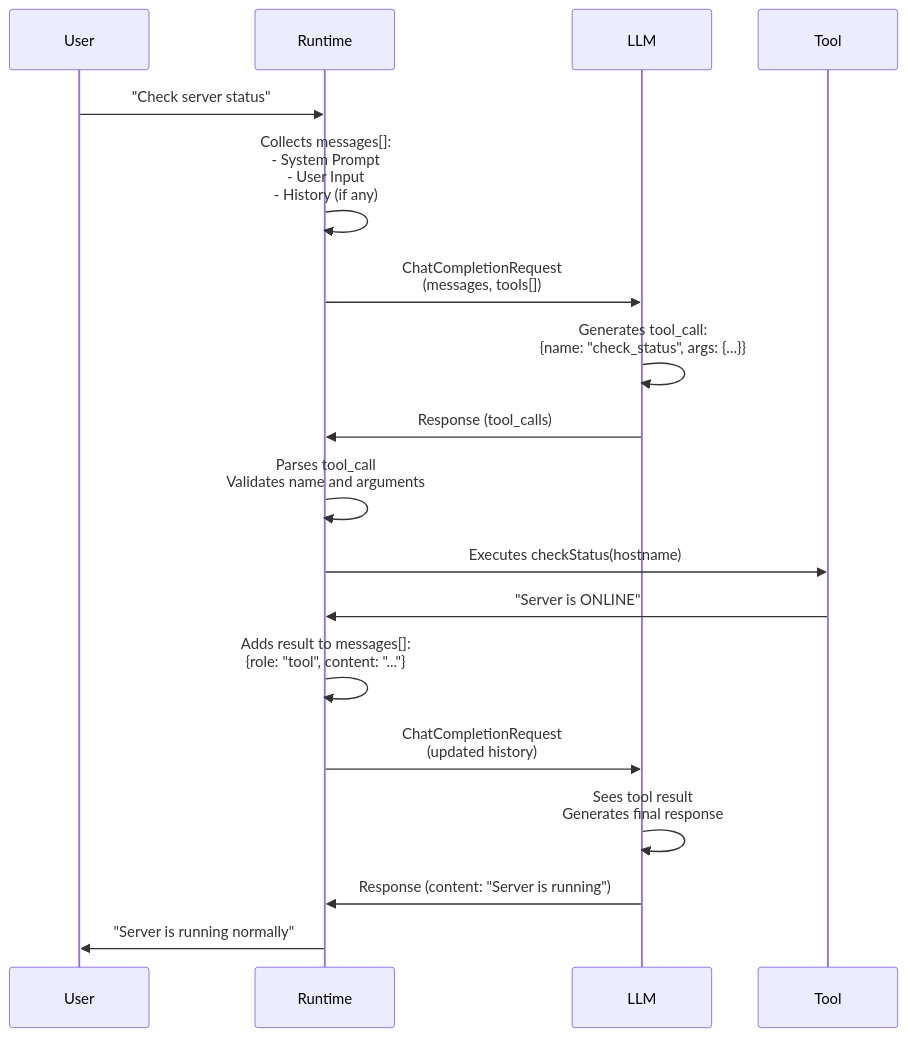
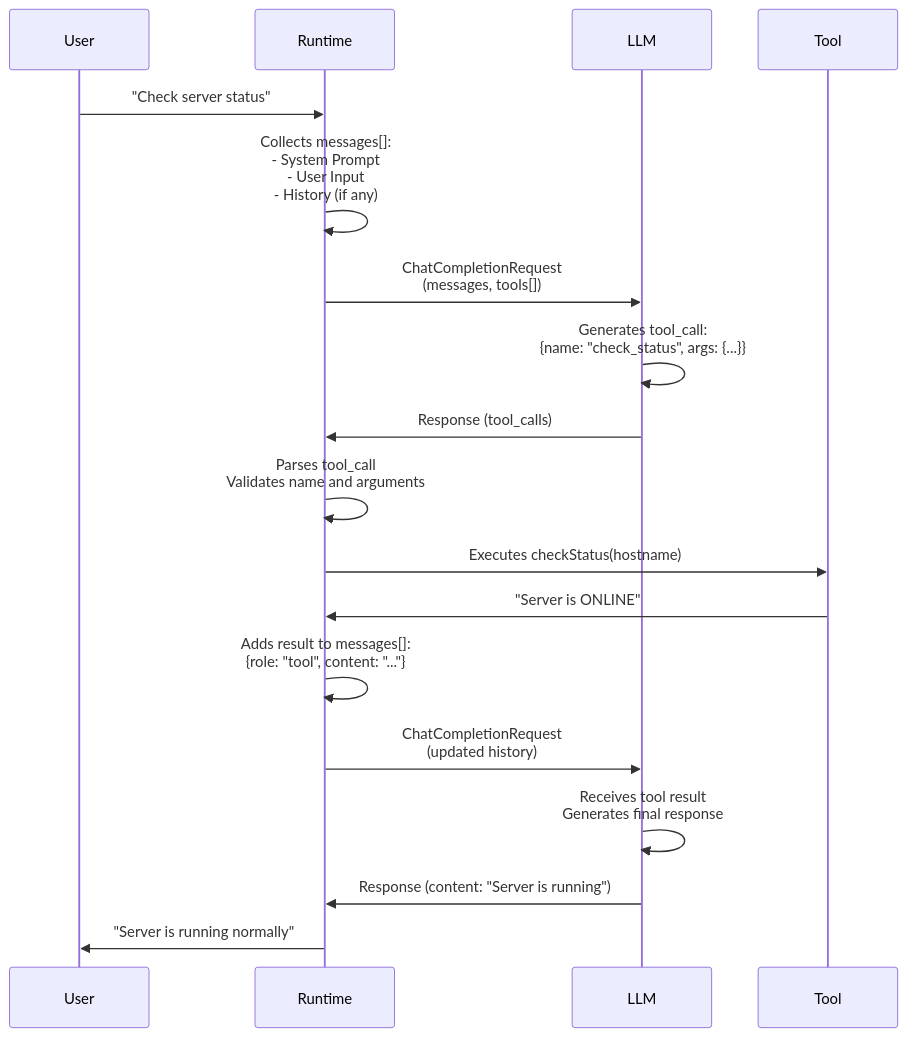
Before and after one commit to kshvakov/ai-agent-course: the second of 2 diagrams in book/09-agent-architecture/README.md, drawn with Mermaid. The commit also changed other lines of this file and 38 other files, not shown here.

````diff
--- a/book/09-agent-architecture/README.md
+++ b/book/09-agent-architecture/README.md
@@ -806,21 +806,21 @@
 ```mermaid
 sequenceDiagram
     participant User
     participant Runtime
     participant LLM
     participant Tool
     
     User->>Runtime: "Check server status"
     Runtime->>Runtime: Collects messages[]:<br/>- System Prompt<br/>- User Input<br/>- History (if any)
     Runtime->>LLM: ChatCompletionRequest<br/>(messages, tools[])
     LLM->>LLM: Generates tool_call:<br/>{name: "check_status", args: {...}}
     LLM->>Runtime: Response (tool_calls)
     Runtime->>Runtime: Parses tool_call<br/>Validates name and arguments
     Runtime->>Tool: Executes checkStatus(hostname)
     Tool->>Runtime: "Server is ONLINE"
     Runtime->>Runtime: Adds result to messages[]:<br/>{role: "tool", content: "..."}
     Runtime->>LLM: ChatCompletionRequest<br/>(updated history)
-    LLM->>LLM: Sees tool result<br/>Generates final response
+    LLM->>LLM: Receives tool result<br/>Generates final response
     LLM->>Runtime: Response (content: "Server is running")
     Runtime->>User: "Server is running normally"
 ```
````
